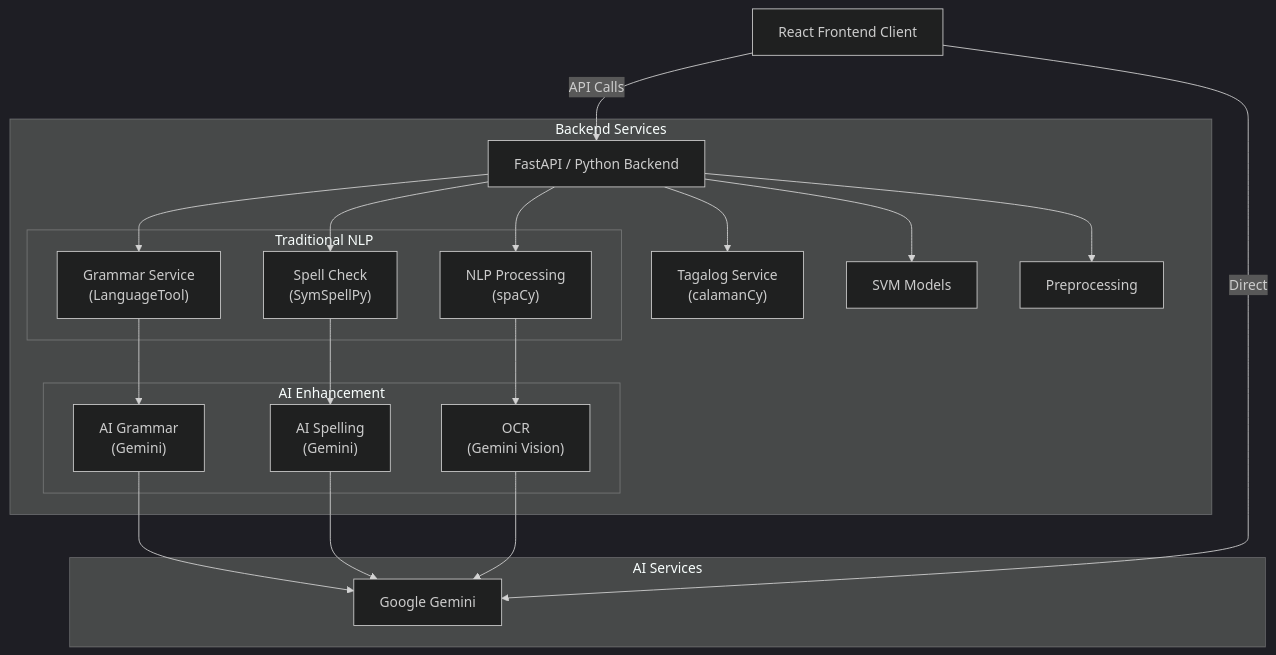
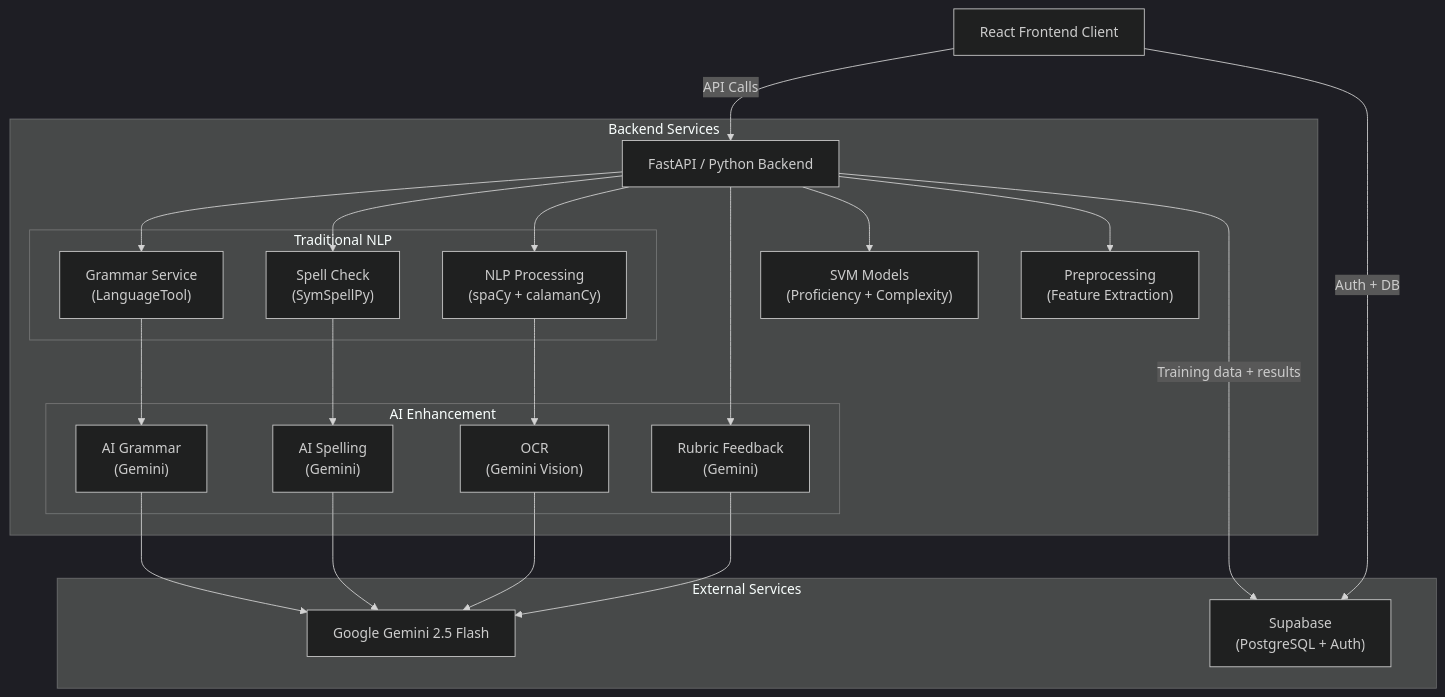
One commit to ianxroy/readtrack changed the first of 4 diagrams in System Documentation.md. Above: the diagram before and after it, drawn with Mermaid (dark theme). The commit also changed other lines of this file and 3 other files, not shown here.

````diff
--- a/System Documentation.md
+++ b/System Documentation.md
@@ -41,48 +47,50 @@
 ```mermaid
 graph TD
     Client["React Frontend Client"]
 
     subgraph "Backend Services"
         API["FastAPI / Python Backend"]
-        
+
         subgraph "Traditional NLP"
             Grammar["Grammar Service<br/>(LanguageTool)"]
             SpellCheck["Spell Check<br/>(SymSpellPy)"]
-            NLP["NLP Processing<br/>(spaCy)"]
+            NLP["NLP Processing<br/>(spaCy + calamanCy)"]
         end
-        
+
         subgraph "AI Enhancement"
             GeminiSpell["AI Spelling<br/>(Gemini)"]
             GeminiGrammar["AI Grammar<br/>(Gemini)"]
             GeminiOCR["OCR<br/>(Gemini Vision)"]
+            GeminiFeedback["Rubric Feedback<br/>(Gemini)"]
         end
-        
-        Tagalog["Tagalog Service<br/>(calamanCy)"]
-        SVM["SVM Models"]
-        Preprocessing["Preprocessing"]
+
+        SVM["SVM Models<br/>(Proficiency + Complexity)"]
+        Preprocessing["Preprocessing<br/>(Feature Extraction)"]
     end
 
-    subgraph "AI Services"
-        Gemini["Google Gemini"]
+    subgraph "External Services"
+        Gemini["Google Gemini 2.5 Flash"]
+        Supabase["Supabase<br/>(PostgreSQL + Auth)"]
     end
 
     Client -->|"API Calls"| API
-    
+    Client -->|"Auth + DB"| Supabase
+
     API --> Grammar
     API --> SpellCheck
     API --> NLP
-    
+
     Grammar --> GeminiGrammar
     SpellCheck --> GeminiSpell
     NLP --> GeminiOCR
-    
+    API --> GeminiFeedback
+
     GeminiGrammar --> Gemini
     GeminiSpell --> Gemini
     GeminiOCR --> Gemini
-    
-    API --> Tagalog
+    GeminiFeedback --> Gemini
+
     API --> SVM
     API --> Preprocessing
-    
-    Client -->|"Direct"| Gemini
+    API -->|"Training data + results"| Supabase
 ```
````
